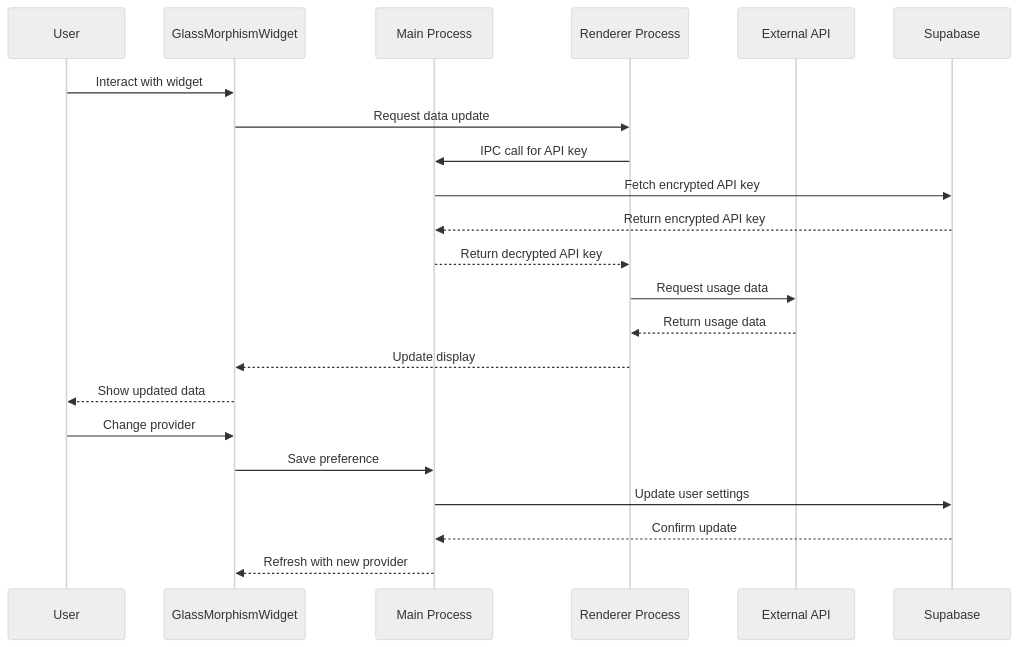
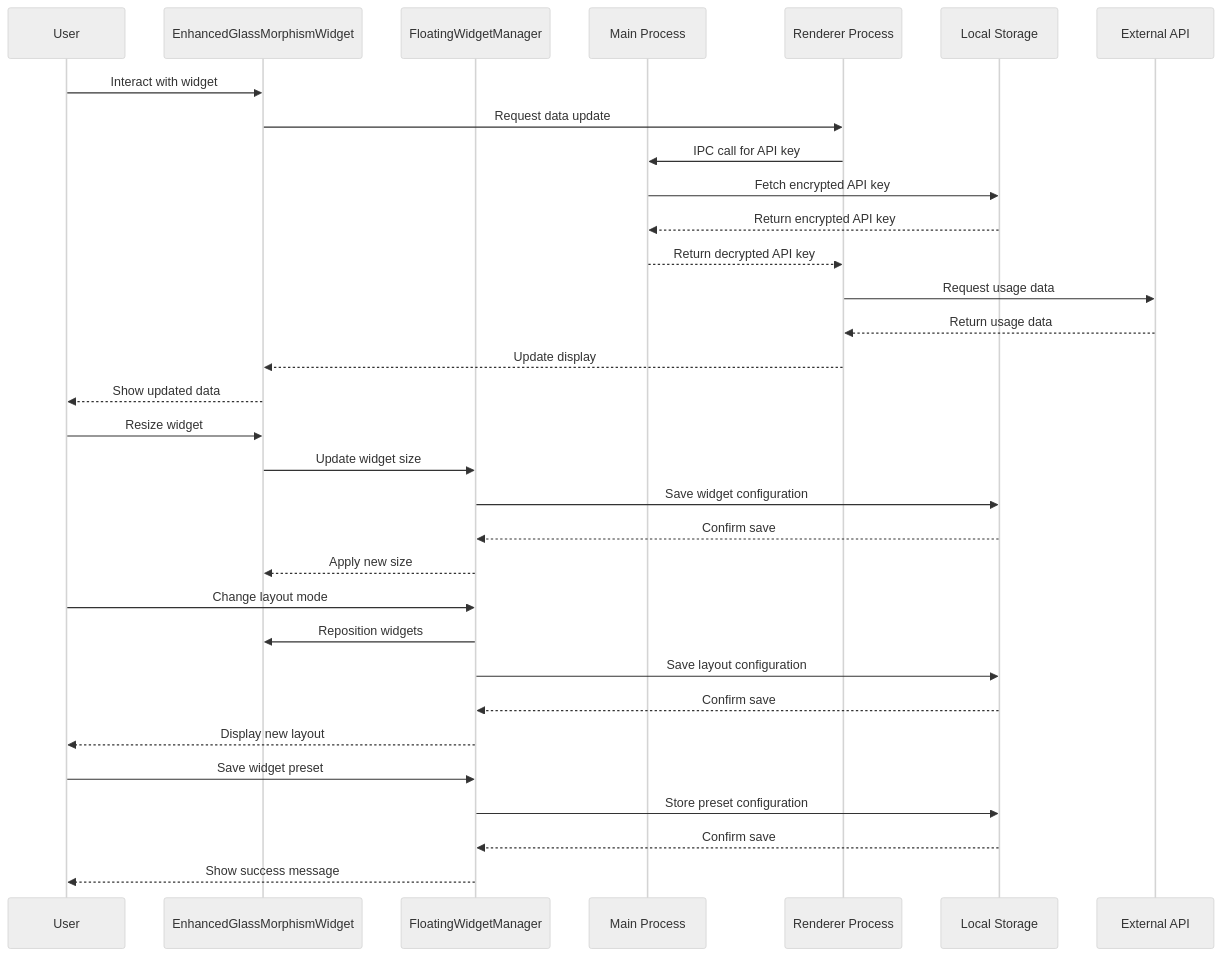
One commit to ImaginariumLabs/size-harmony-hub changed the third of 3 diagrams in APIwidget/docs/architecture/ARCHITECTURE.md. Above: the diagram before and after it, drawn with Mermaid (neutral theme). The commit also changed other lines of this file and 86 other files, not shown here.

````diff
--- a/APIwidget/docs/architecture/ARCHITECTURE.md
+++ b/APIwidget/docs/architecture/ARCHITECTURE.md
@@ -150,26 +220,38 @@
 ```mermaid
 sequenceDiagram
     participant User
-    participant Widget as GlassMorphismWidget
+    participant Widget as EnhancedGlassMorphismWidget
+    participant Manager as FloatingWidgetManager
     participant Main as Main Process
     participant Renderer as Renderer Process
+    participant Storage as Local Storage
     participant API as External API
-    participant DB as Supabase
 
     User->>Widget: Interact with widget
     Widget->>Renderer: Request data update
     Renderer->>Main: IPC call for API key
-    Main->>DB: Fetch encrypted API key
-    DB-->>Main: Return encrypted API key
+    Main->>Storage: Fetch encrypted API key
+    Storage-->>Main: Return encrypted API key
     Main-->>Renderer: Return decrypted API key
     Renderer->>API: Request usage data
     API-->>Renderer: Return usage data
     Renderer-->>Widget: Update display
     Widget-->>User: Show updated data
 
-    User->>Widget: Change provider
-    Widget->>Main: Save preference
-    Main->>DB: Update user settings
-    DB-->>Main: Confirm update
-    Main-->>Widget: Refresh with new provider
+    User->>Widget: Resize widget
+    Widget->>Manager: Update widget size
+    Manager->>Storage: Save widget configuration
+    Storage-->>Manager: Confirm save
+    Manager-->>Widget: Apply new size
+
+    User->>Manager: Change layout mode
+    Manager->>Widget: Reposition widgets
+    Manager->>Storage: Save layout configuration
+    Storage-->>Manager: Confirm save
+    Manager-->>User: Display new layout
+
+    User->>Manager: Save widget preset
+    Manager->>Storage: Store preset configuration
+    Storage-->>Manager: Confirm save
+    Manager-->>User: Show success message
 ```
````
